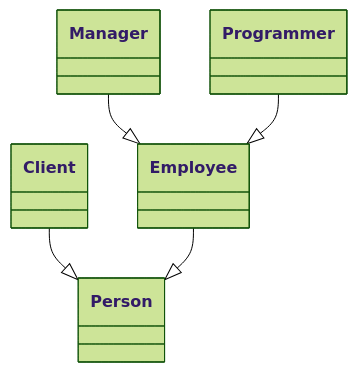
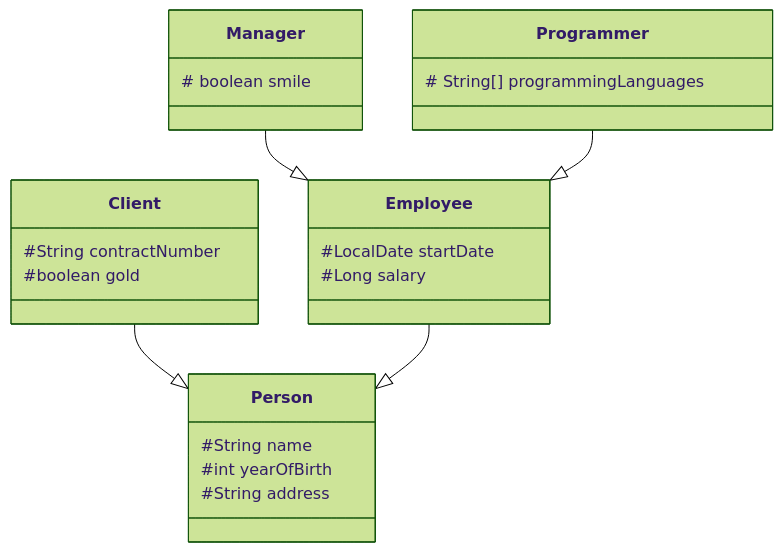
The diagram in slides/E3.2 - Java Classes (Inheritance).md (nbicocchi/learn-java-core), drawn with Mermaid (forest theme) before and after one commit. The commit also changed other lines of this file, not shown here.

````diff
--- a/slides/E3.2 - Java Classes (Inheritance).md
+++ b/slides/E3.2 - Java Classes (Inheritance).md
@@ -37,23 +39,32 @@
 ```mermaid
 classDiagram
     class Person {
+        #String name
+        #int yearOfBirth
+        #String address
     }
 
     class Client {
+        #String contractNumber
+        #boolean gold
     }
 
     class Employee {
+        #LocalDate startDate
+        #Long salary
     }
 
     class Manager {
+        # boolean smile
     }
 
     class Programmer {
+        # String[] programmingLanguages
     }
 
 
     Manager --|> Employee
     Programmer --|> Employee
     Client --|> Person
     Employee --|> Person
 ```
````
